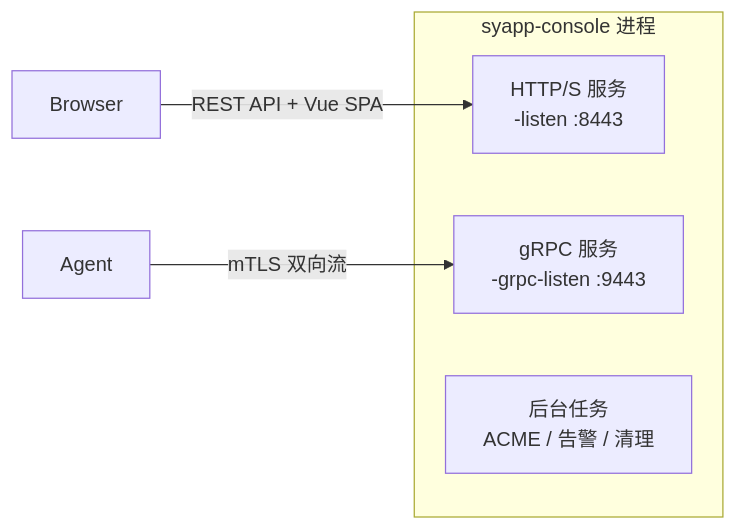
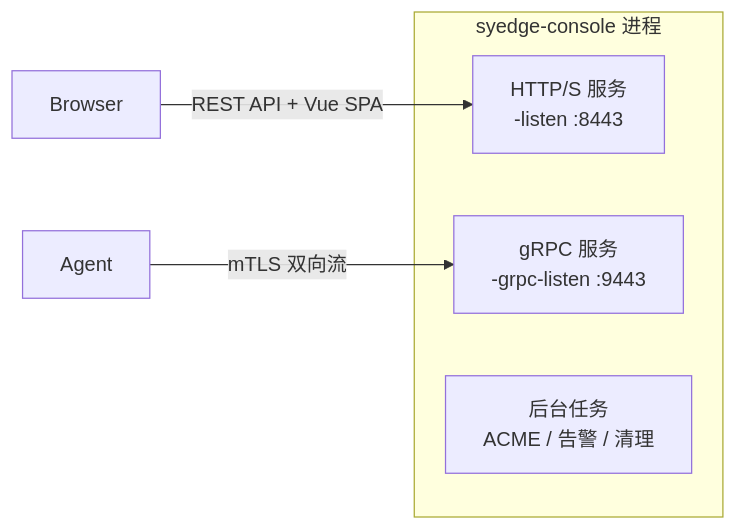
Before and after one commit to xiaoguan521/edgetraffic-os: the second of 4 diagrams in docs/codebase_guide.md, drawn with Mermaid. The commit also changed other lines of this file and 271 other files, not shown here.

````diff
--- a/docs/codebase_guide.md
+++ b/docs/codebase_guide.md
@@ -210,10 +210,10 @@
 ```mermaid
 graph LR
-    subgraph syapp-console 进程
+    subgraph syedge-console 进程
         HTTP["HTTP/S 服务<br/>-listen :8443"]
         GRPC["gRPC 服务<br/>-grpc-listen :9443"]
         BG["后台任务<br/>ACME / 告警 / 清理"]
     end
     Browser -->|REST API + Vue SPA| HTTP
     Agent -->|mTLS 双向流| GRPC
 ```
````
